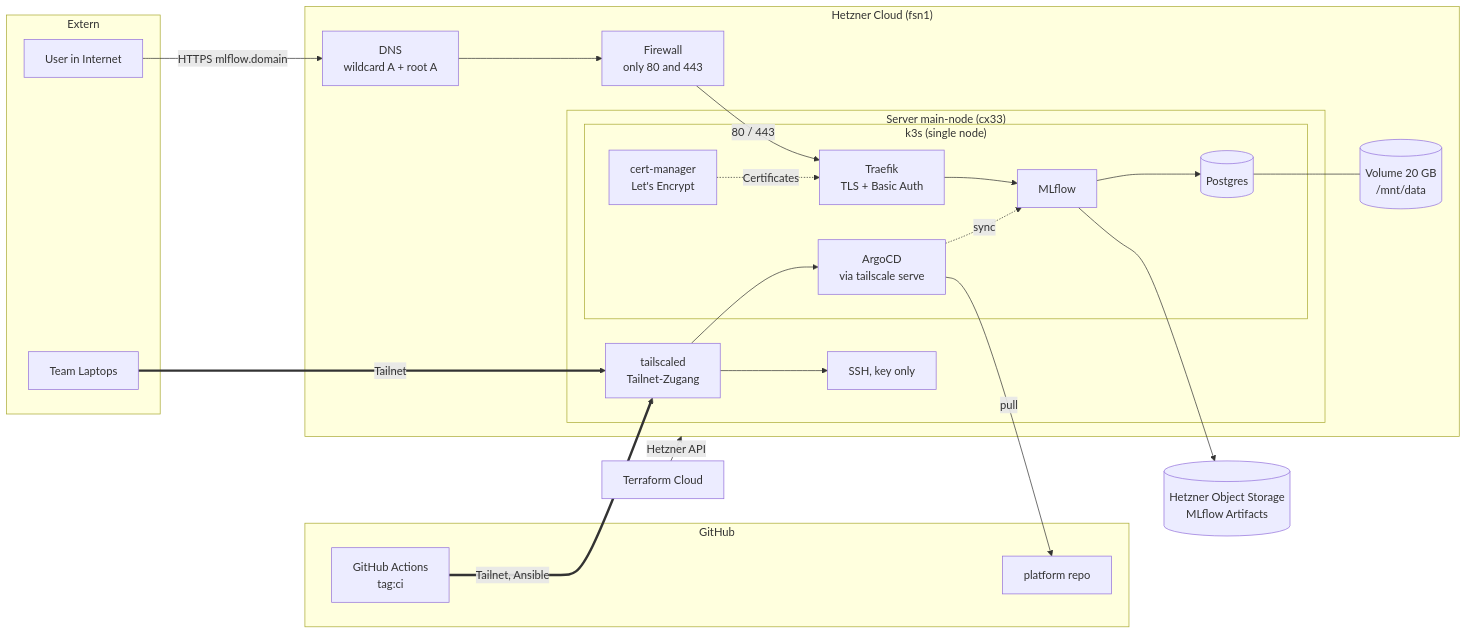
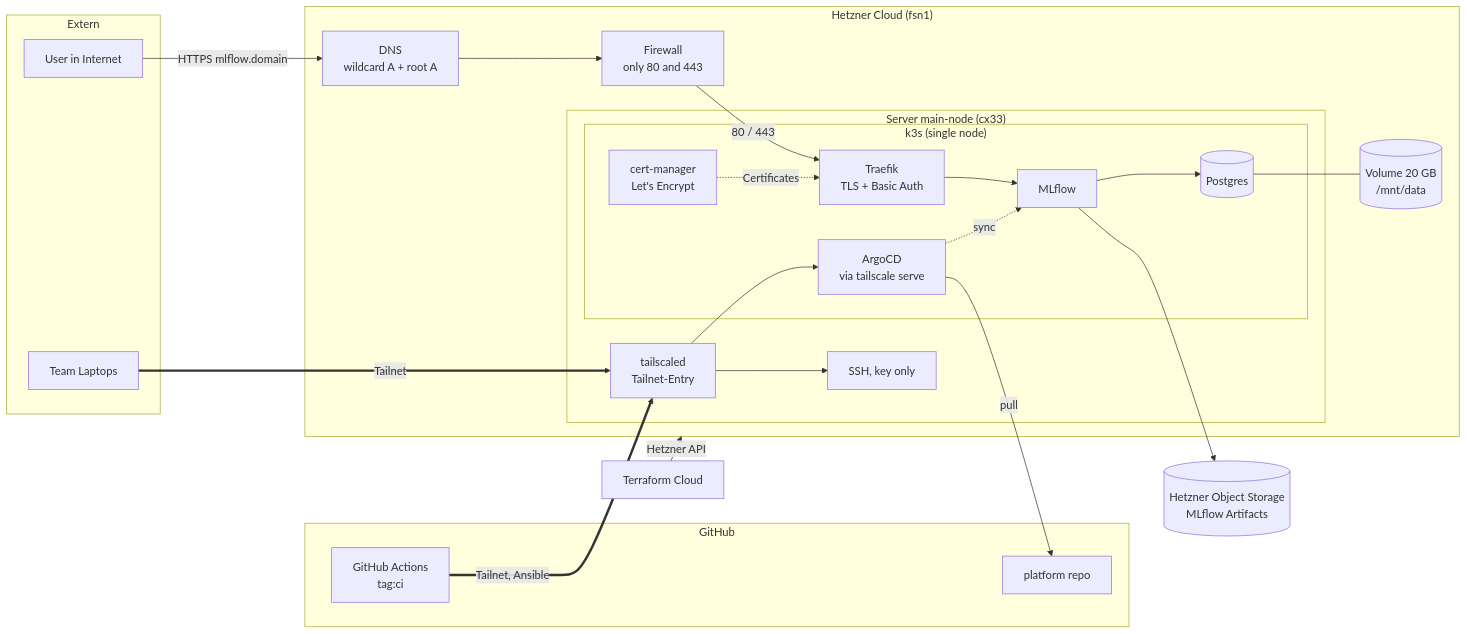
One commit to Project-MarKRITIS/infrastructure changed the diagram in README.md. Above: the diagram before and after it, drawn with Mermaid.

Commit message:
docs(README): small language fix to readme

````diff
--- a/README.md
+++ b/README.md
@@ -15,55 +15,55 @@
 ```mermaid
 flowchart LR
   subgraph EXT["Extern"]
     USER["User in Internet"]
     TEAM["Team Laptops"]
   end
 
   subgraph GH["GitHub"]
     GHA["GitHub Actions<br/>tag:ci"]
     PREPO["platform repo"]
   end
 
   TFC["Terraform Cloud"]
 
   subgraph HZ["Hetzner Cloud (fsn1)"]
     DNS["DNS<br/>wildcard A + root A"]
     FW["Firewall<br/>only 80 and 443"]
     VOL[("Volume 20 GB<br/>/mnt/data")]
 
     subgraph SRV["Server main-node (cx33)"]
-      TSD["tailscaled<br/>Tailnet-Zugang"]
+      TSD["tailscaled<br/>Tailnet-Entry"]
       SSH["SSH, key only"]
       subgraph K3S["k3s (single node)"]
         TRF["Traefik<br/>TLS + Basic Auth"]
         MLF["MLflow"]
         PG[("Postgres")]
         ARGO["ArgoCD<br/>via tailscale serve"]
         CM["cert-manager<br/>Let's Encrypt"]
       end
     end
   end
 
   S3[("Hetzner Object Storage<br/>MLflow Artifacts")]
 
   %% Public Path
   USER -->|"HTTPS mlflow.domain"| DNS
   DNS --> FW
   FW -->|"80 / 443"| TRF
   TRF --> MLF
   CM -.->|"Certificates"| TRF
   MLF --> PG
   MLF --> S3
   PG --- VOL
 
   %% Tailnet Path
   TEAM ==>|"Tailnet"| TSD
   GHA ==>|"Tailnet, Ansible"| TSD
   TSD --> SSH
   TSD --> ARGO
 
   %% Provisioning and GitOps
   TFC -->|"Hetzner API"| HZ
   ARGO -->|"pull"| PREPO
   ARGO -.->|"sync"| MLF
 ```
````
